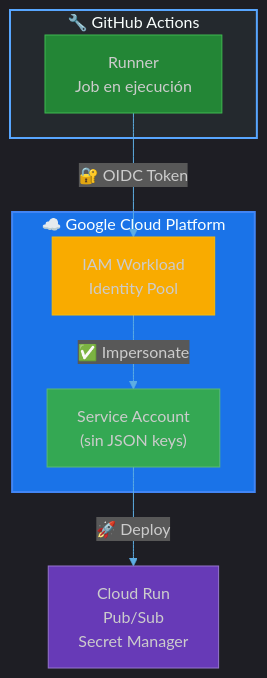
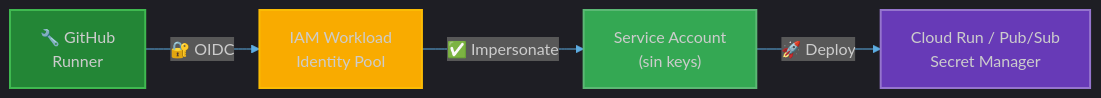
One commit to developer-implementos/integration-presentations changed the fifth of 5 diagrams in presentations/deep-dives/infrastructure-gcp.md. Above: the diagram before and after it, drawn with Mermaid. The commit also changed other lines of this file, not shown here.

First line of the commit message:
style(infrastructure-gcp): mejorar presentación de arquitecturas con mermaid

````diff
--- a/presentations/deep-dives/infrastructure-gcp.md
+++ b/presentations/deep-dives/infrastructure-gcp.md
@@ -864,23 +901,12 @@
 ```mermaid
-%%{init: {'theme': 'dark', 'themeVariables': {'lineColor': '#5dade2'}}}%%
-flowchart TB
-    subgraph GH["🔧 GitHub Actions"]
-        RUNNER["Runner<br/>Job en ejecución"]
-    end
+%%{init: {'theme': 'dark', 'themeVariables': {'lineColor': '#5dade2'}, 'flowchart': {'useMaxWidth': true}}}%%
+flowchart LR
+    GH["🔧 GitHub<br/>Runner"] -->|"🔐 OIDC"| WIF["IAM Workload<br/>Identity Pool"]
+    WIF -->|"✅ Impersonate"| SA["Service Account<br/>(sin keys)"]
+    SA -->|"🚀 Deploy"| RES["Cloud Run / Pub/Sub<br/>Secret Manager"]
 
-    subgraph GCP["☁️ Google Cloud Platform"]
-        WIF["IAM Workload<br/>Identity Pool"]
-        SA["Service Account<br/>(sin JSON keys)"]
-    end
-
-    RUNNER -->|"🔐 OIDC Token"| WIF
-    WIF -->|"✅ Impersonate"| SA
-    SA -->|"🚀 Deploy"| RESOURCES["Cloud Run<br/>Pub/Sub<br/>Secret Manager"]
-
-    style GH fill:#24292e,stroke:#58a6ff,stroke-width:2px
-    style GCP fill:#1a73e8,stroke:#4285f4,stroke-width:2px
-    style RUNNER fill:#238636,stroke:#3fb950
-    style WIF fill:#f9ab00,stroke:#fbbc04
-    style SA fill:#34a853,stroke:#5bb974
-    style RESOURCES fill:#673ab7,stroke:#9575cd
+    style GH fill:#238636,stroke:#3fb950,stroke-width:2px
+    style WIF fill:#f9ab00,stroke:#fbbc04,stroke-width:2px
+    style SA fill:#34a853,stroke:#5bb974,stroke-width:2px
+    style RES fill:#673ab7,stroke:#9575cd,stroke-width:2px
 ```
````
